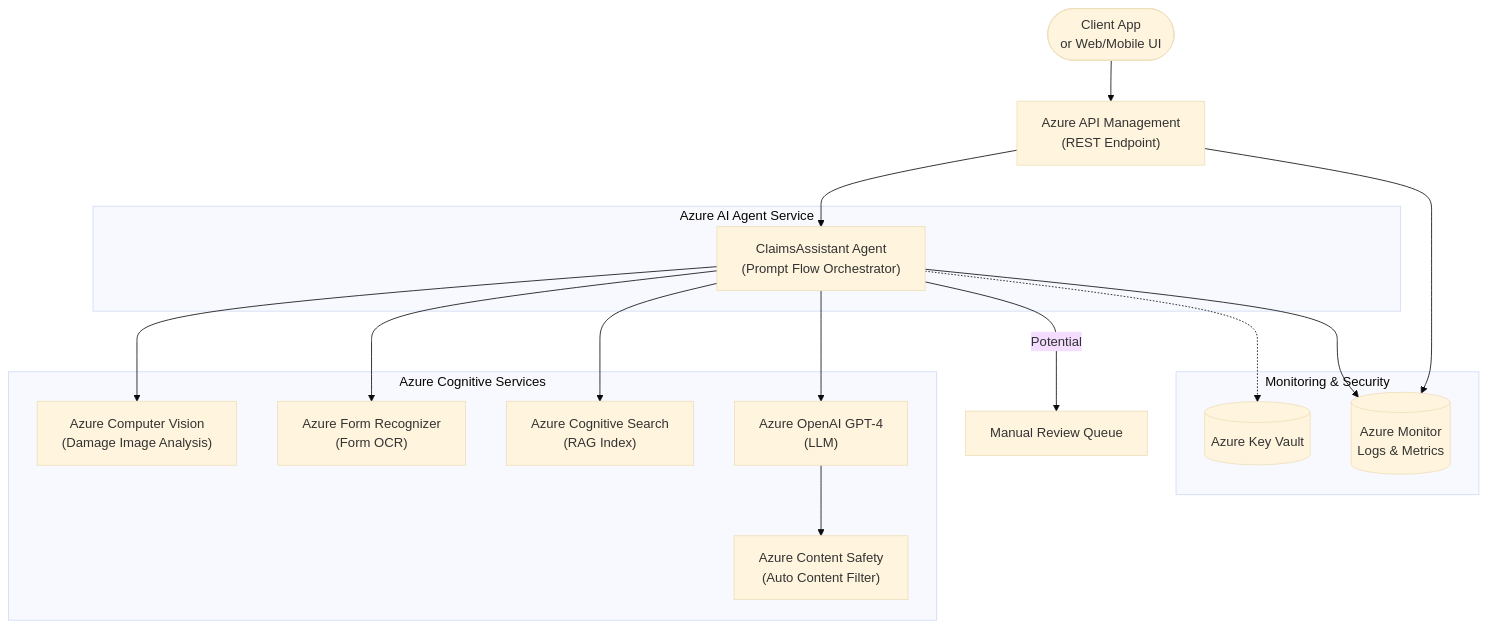
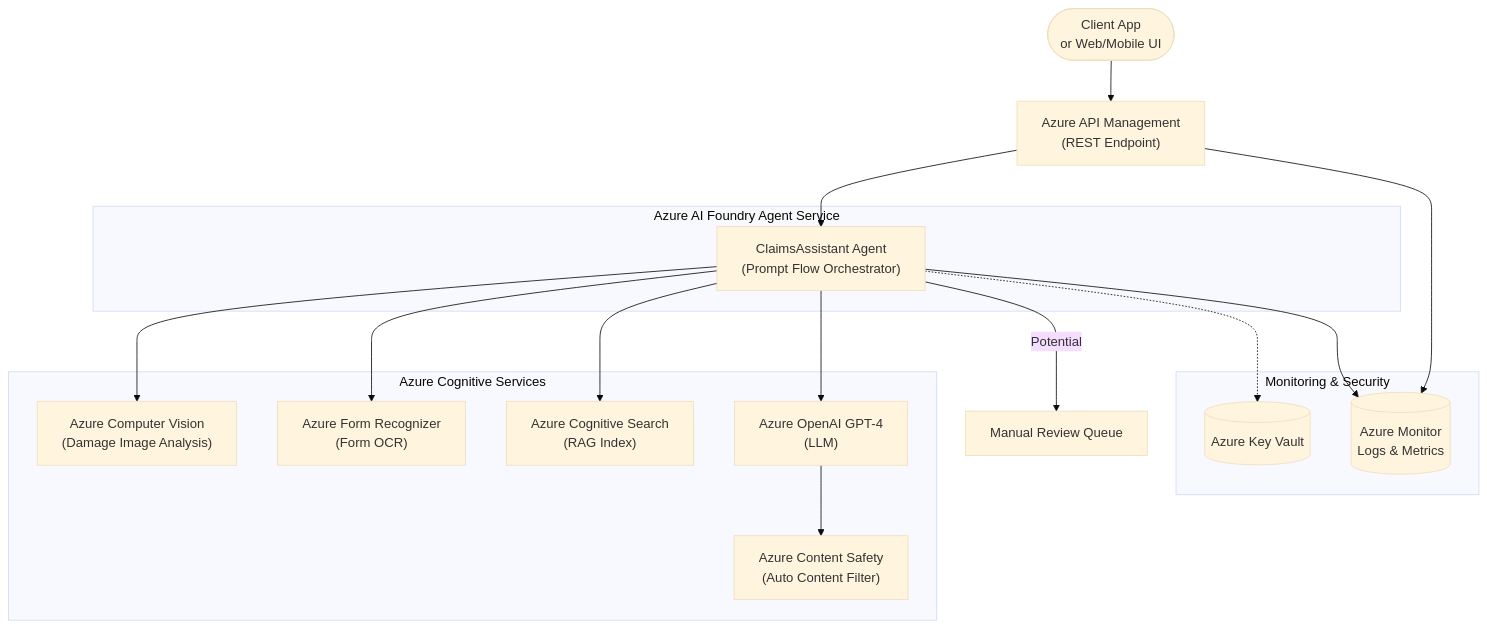
Before and after one commit to karthik1609/car_insurance_claims_ai_agent: the second of 20 diagrams in options.md, drawn with Mermaid (base theme). The commit also changed other lines of this file, not shown here.

````diff
--- a/options.md
+++ b/options.md
@@ -30,31 +30,31 @@
 ```mermaid
 graph TD
-    UserClient([Client App<br/>or Web/Mobile UI]) 
+    UserClient(["Client App<br/>or Web/Mobile UI"]) 
     UserClient --> APIM["Azure API Management<br/>(REST Endpoint)"]
-    subgraph "Azure AI Agent Service"
+    subgraph "Azure AI Foundry Agent Service"
         Agent["ClaimsAssistant Agent<br/>(Prompt Flow Orchestrator)"]
     end
     subgraph "Azure Cognitive Services"
         VisionSvc["Azure Computer Vision<br/>(Damage Image Analysis)"]
         OCRSvc["Azure Form Recognizer<br/>(Form OCR)"]
         SearchSvc["Azure Cognitive Search<br/>(RAG Index)"]
         OpenAI["Azure OpenAI GPT-4<br/>(LLM)"]
         ContentFilter["Azure Content Safety<br/>(Auto Content Filter)"]
     end
     subgraph "Monitoring & Security"
         KV[(Azure Key Vault)]
         LogAnalytics[(Azure Monitor<br/>Logs & Metrics)]
     end
 
     APIM --> Agent 
     Agent --> VisionSvc 
     Agent --> OCRSvc 
     Agent --> SearchSvc 
     Agent --> OpenAI 
     OpenAI --> ContentFilter 
     Agent -->|Potential| HumanReview["Manual Review Queue"]
     Agent -.-> KV
     APIM --> LogAnalytics
     %% APIM and Agent send logs to monitoring
     Agent --> LogAnalytics
 ```
````
